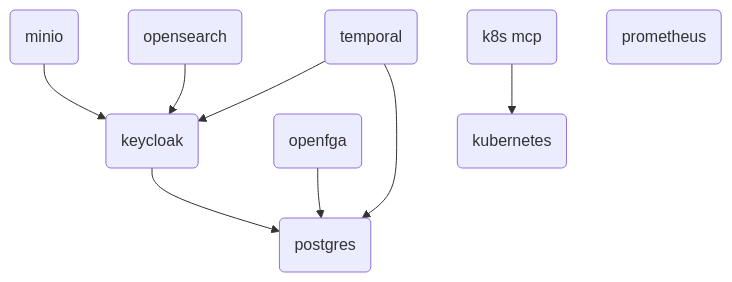
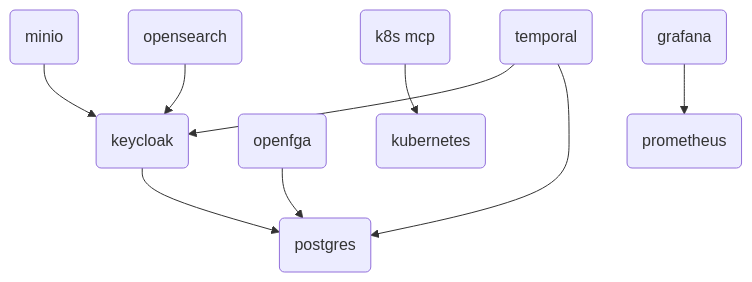
The diagram in docker-compose/README.md (fred-agent/fred-deployment-factory), drawn with Mermaid before and after one commit. The commit also changed other lines of this file and 12 other files, not shown here.

````diff
--- a/docker-compose/README.md
+++ b/docker-compose/README.md
@@ -72,11 +76,12 @@
 ```mermaid
 graph TB
 A(keycloak) --> E(postgres)
 B(minio) --> A(keycloak)
 C(opensearch) --> A(keycloak)
 I(openfga) --> E(postgres)
 H(temporal) --> A(keycloak)
 H(temporal) --> E(postgres)
 F(k8s mcp) --> G(kubernetes)
 J(prometheus)
+K(grafana) --> J(prometheus)
 ```
````
